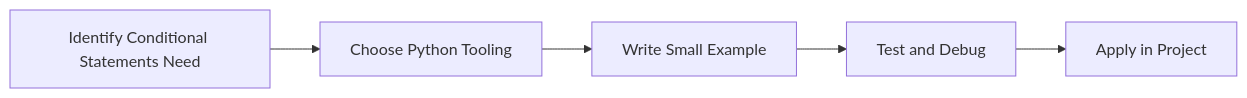
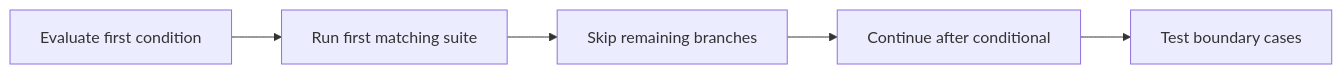
The diagram in Python-Mastery/Beginner/10-conditional-statements.md (SYMOIZ/E-Learning-Portal), drawn with Mermaid before and after one commit. The commit also changed other lines of this file and 116 other files, not shown here.

````diff
--- a/Python-Mastery/Beginner/10-conditional-statements.md
+++ b/Python-Mastery/Beginner/10-conditional-statements.md
@@ -134,7 +154,12 @@
 ```mermaid
 flowchart LR
-    A[Identify Conditional Statements Need] --> B[Choose Python Tooling]
-    B --> C[Write Small Example]
-    C --> D[Test and Debug]
-    D --> E[Apply in Project]
+    A[Evaluate first condition]
+    B[Run first matching suite]
+    C[Skip remaining branches]
+    D[Continue after conditional]
+    E[Test boundary cases]
+    A --> B
+    B --> C
+    C --> D
+    D --> E
 ```
````
